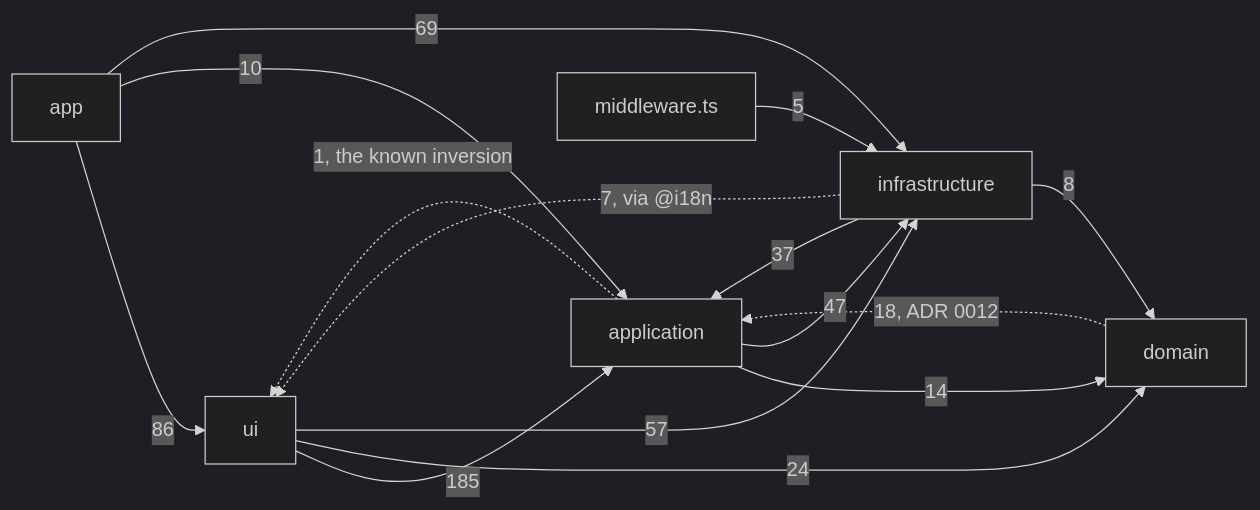
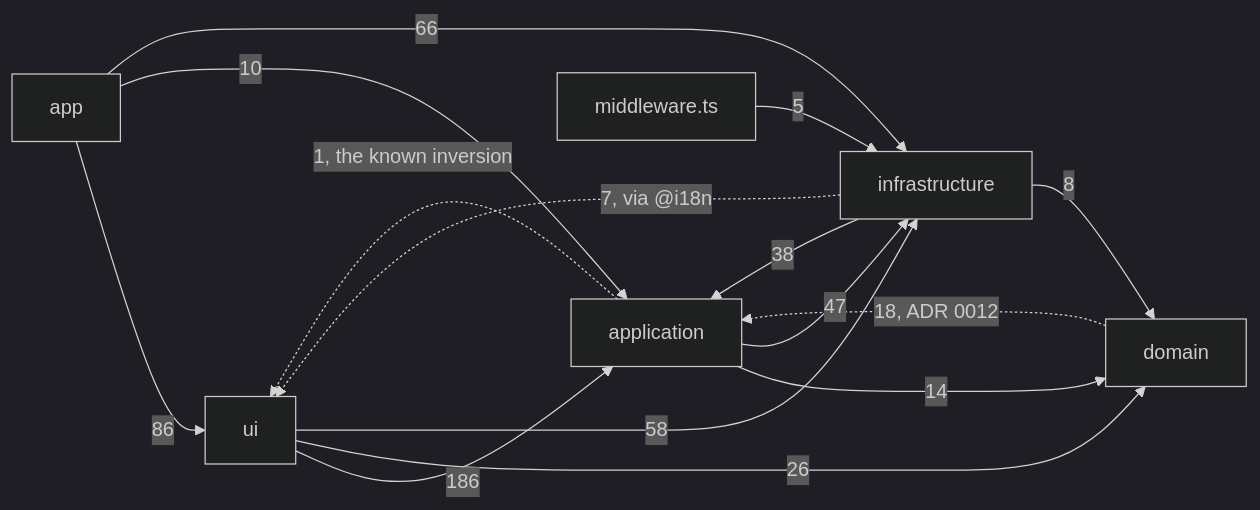
Before and after one commit to fbuireu/forever-pto: the diagram in apps/docs/src/content/docs/architecture/overview.mdx, drawn with Mermaid (dark theme). The commit also changed other lines of this file and 343 other files, not shown here.

````diff
--- a/apps/docs/src/content/docs/architecture/overview.mdx
+++ b/apps/docs/src/content/docs/architecture/overview.mdx
@@ -47,23 +47,23 @@
 ```mermaid
 flowchart LR
   APP[app]
   UI[ui]
   APPL[application]
   DOM[domain]
   INFRA[infrastructure]
   MW[middleware.ts]
   APP -->|86| UI
   APP -->|10| APPL
-  APP -->|69| INFRA
-  UI -->|185| APPL
-  UI -->|24| DOM
-  UI -->|57| INFRA
+  APP -->|66| INFRA
+  UI -->|186| APPL
+  UI -->|26| DOM
+  UI -->|58| INFRA
   APPL -->|14| DOM
   APPL -->|47| INFRA
   APPL -.->|1, the known inversion| UI
   DOM -.->|18, ADR 0012| APPL
-  INFRA -->|37| APPL
+  INFRA -->|38| APPL
   INFRA -->|8| DOM
   INFRA -.->|7, via @i18n| UI
   MW -->|5| INFRA
 ```
````
